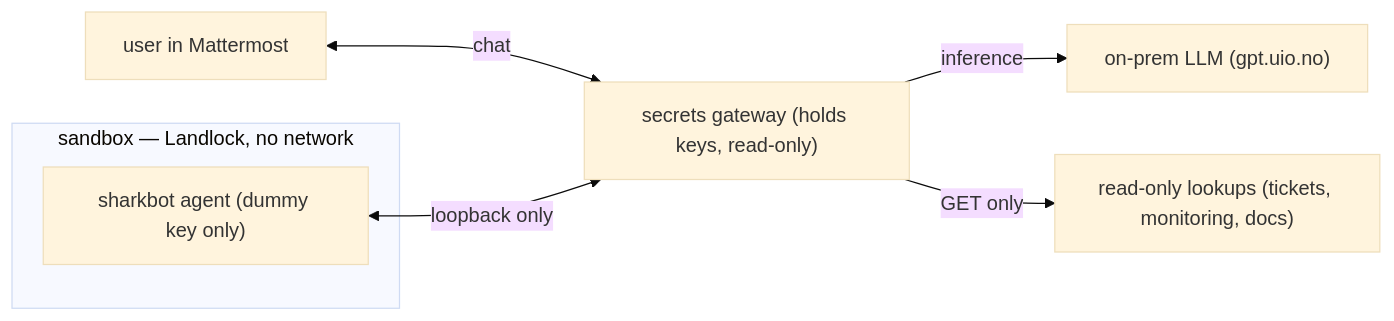
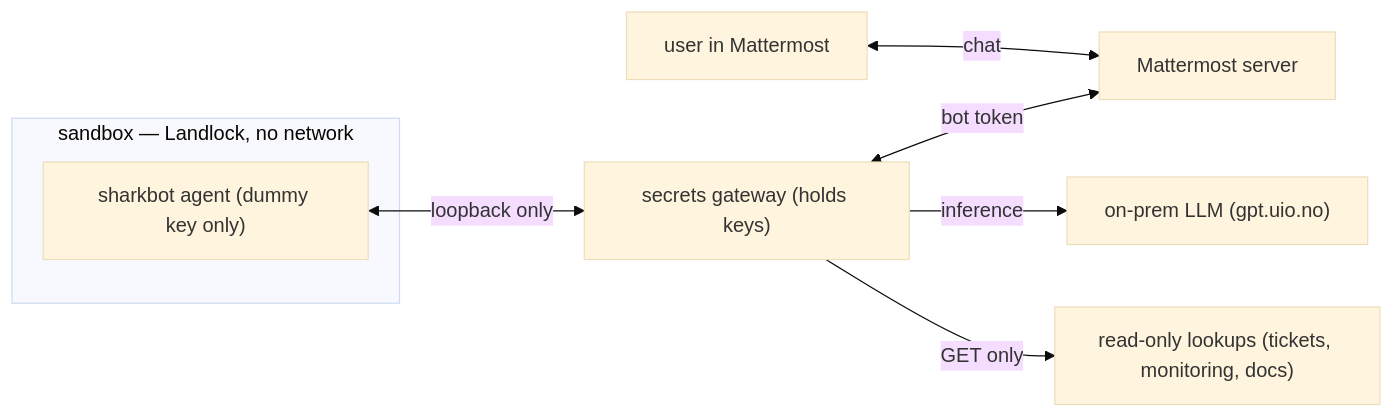
Before and after one commit to hermanl0/hermanl0.github.io: the diagram in _posts/2026-09-10-how-sharkbot-ran-in-production.md, drawn with Mermaid (base theme). The commit also changed other lines of this file, not shown here.

Commit message:
Fix flow diagram: user talks to Mattermost, not the gateway
The bot is a real member on the Mattermost server; the user chats there.
The secrets gateway is only the sandboxed agent's outbound path — it
reaches Mattermost (bot token), the LLM, and the read-only lookups
through it. Reroute the diagram accordingly and correct the two spots
that implied the user or all routes went through the gateway read-only.

```diff
--- a/_posts/2026-09-10-how-sharkbot-ran-in-production.md
+++ b/_posts/2026-09-10-how-sharkbot-ran-in-production.md
@@ -23,14 +23,16 @@
 <div class="mermaid">
 flowchart LR
   user["user in Mattermost"]
+  mm["Mattermost server"]
   subgraph sandbox["sandbox — Landlock, no network"]
     bot["sharkbot agent (dummy key only)"]
   end
-  gw["secrets gateway (holds keys, read-only)"]
+  gw["secrets gateway (holds keys)"]
   llm["on-prem LLM (gpt.uio.no)"]
   apis["read-only lookups (tickets, monitoring, docs)"]
-  user <-->|chat| gw
+  user <-->|chat| mm
   bot <-->|loopback only| gw
+  gw <-->|bot token| mm
   gw -->|inference| llm
   gw -->|GET only| apis
 </div>
```
